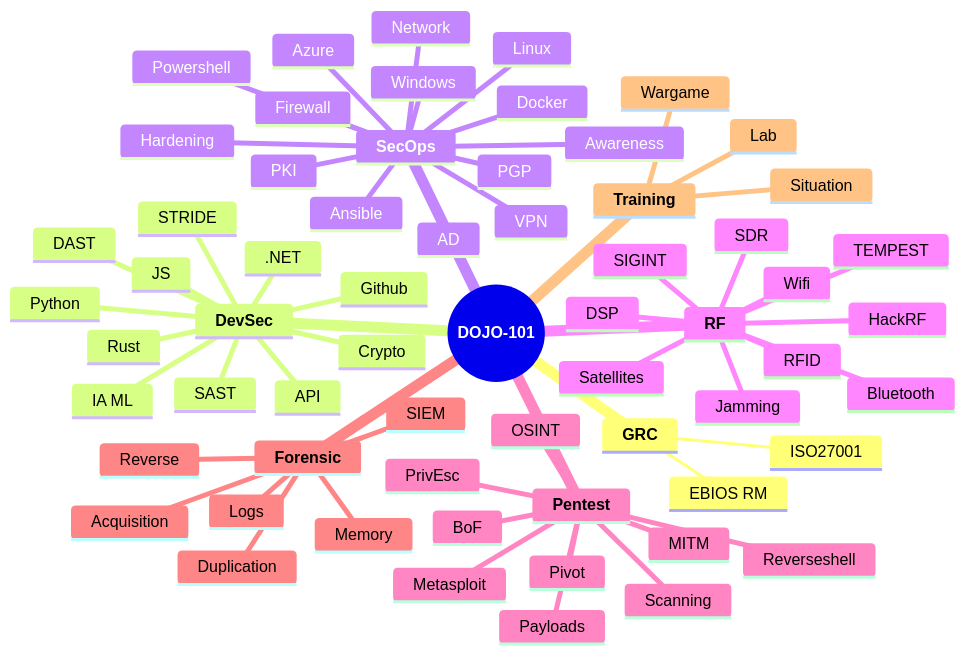
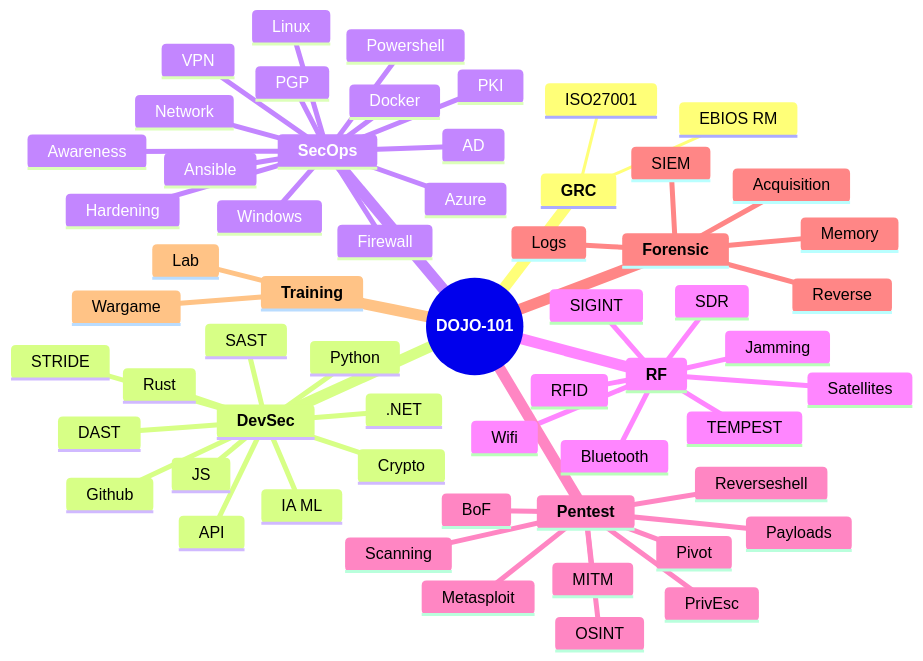
One commit to Aif4thah/Dojo-101 changed the diagram in README.md. Above: the diagram before and after it, drawn with Mermaid. The commit also changed 3 other files, not shown here.

````diff
--- a/README.md
+++ b/README.md
@@ -30,74 +30,70 @@
 ```mermaid
 mindmap
   root((**DOJO-101**))
 
       **GRC**
         ISO27001
         EBIOS RM
     
     **DevSec**
         Crypto
         Github
         IA ML
         SAST
         DAST
         STRIDE
         API
         Python
         .NET
         JS
         Rust
 
     **SecOps**
         Awareness
         Hardening
         Windows
         AD
         Linux
         Azure
         Docker
         Ansible
         Powershell
         Firewall
         VPN
         PKI
         PGP
         Network
 
     **RF**
         SDR
-        DSP
         TEMPEST
         SIGINT
         Wifi
         RFID
         Bluetooth
         Jamming
-        HackRF
         Satellites
 
     **Pentest**
         OSINT
         Scanning
         Metasploit
         BoF
         MITM
         Payloads
         Reverseshell
         Pivot
         PrivEsc
 
     **Forensic**
         Acquisition
-        Duplication
         Memory
         Reverse
         Logs
         SIEM
 
     **Training**
         Lab
-        Situation
         Wargame
 
 ```
````
